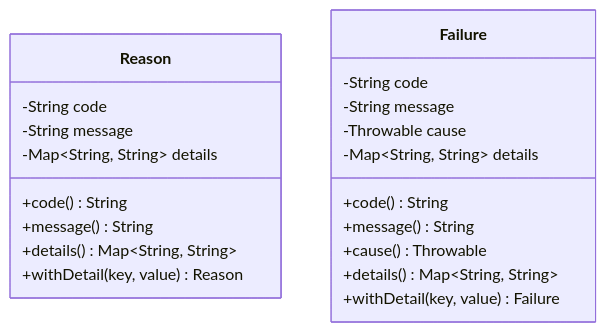
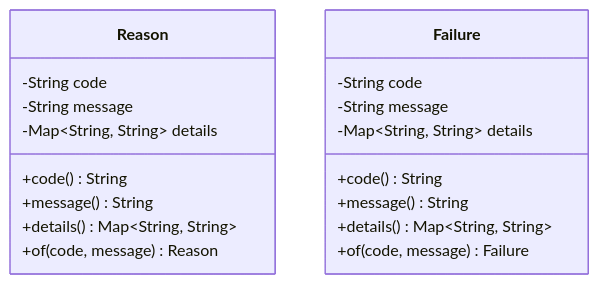
The second of 2 diagrams in docs/flow/flow-outcome.md (team4u/team4u-framework), drawn with Mermaid before and after one commit. The commit also changed other lines of this file and 121 other files, not shown here.

First line of the commit message:
refactor(flow): 流程框架深度审查修复与破坏性重构

````diff
--- a/docs/flow/flow-outcome.md
+++ b/docs/flow/flow-outcome.md
@@ -70,24 +70,22 @@
 ```mermaid
 classDiagram
     class Reason {
         -String code
         -String message
         -Map~String, String~ details
         +code() String
         +message() String
         +details() Map~String, String~
-        +withDetail(key, value) Reason
+        +of(code, message) Reason
     }
 
     class Failure {
         -String code
         -String message
-        -Throwable cause
         -Map~String, String~ details
         +code() String
         +message() String
-        +cause() Throwable
         +details() Map~String, String~
-        +withDetail(key, value) Failure
+        +of(code, message) Failure
     }
 ```
````
